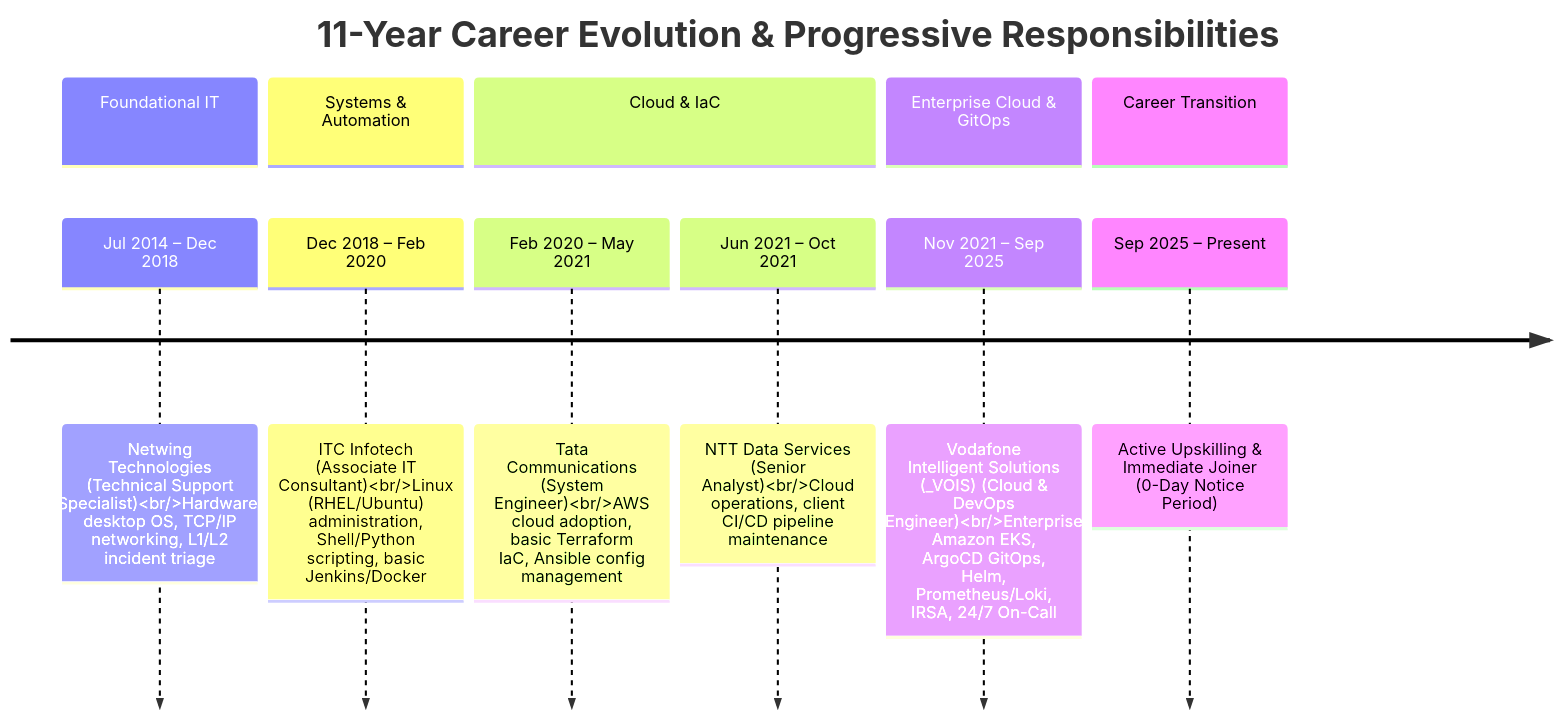
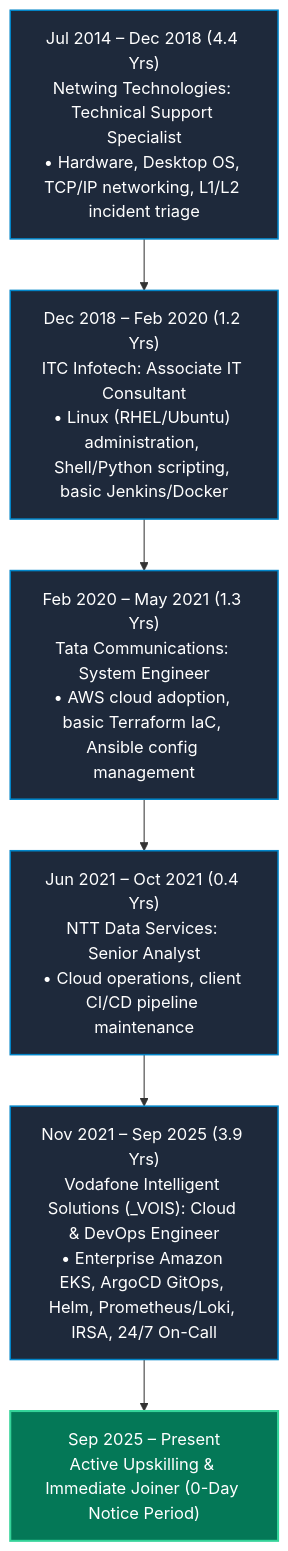
Diagram 13 of 13 in DevOps_CI_CD_Master_Engineering_Blueprint.md (pvsafwa/devops-course-playbook), drawn with Mermaid before and after one commit. The commit also changed other lines of this file, not shown here.

````diff
--- a/DevOps_CI_CD_Master_Engineering_Blueprint.md
+++ b/DevOps_CI_CD_Master_Engineering_Blueprint.md
@@ -858,15 +1300,21 @@
 ```mermaid
-timeline
-    title 11-Year Career Evolution & Progressive Responsibilities
-    section Foundational IT
-        Jul 2014 – Dec 2018 : Netwing Technologies (Technical Support Specialist)<br/>Hardware, desktop OS, TCP/IP networking, L1/L2 incident triage
-    section Systems & Automation
-        Dec 2018 – Feb 2020 : ITC Infotech (Associate IT Consultant)<br/>Linux (RHEL/Ubuntu) administration, Shell/Python scripting, basic Jenkins/Docker
-    section Cloud & IaC
-        Feb 2020 – May 2021 : Tata Communications (System Engineer)<br/>AWS cloud adoption, basic Terraform IaC, Ansible config management
-        Jun 2021 – Oct 2021 : NTT Data Services (Senior Analyst)<br/>Cloud operations, client CI/CD pipeline maintenance
-    section Enterprise Cloud & GitOps
-        Nov 2021 – Sep 2025 : Vodafone Intelligent Solutions (_VOIS) (Cloud & DevOps Engineer)<br/>Enterprise Amazon EKS, ArgoCD GitOps, Helm, Prometheus/Loki, IRSA, 24/7 On-Call
-    section Career Transition
-        Sep 2025 – Present : Active Upskilling & Immediate Joiner (0-Day Notice Period)
+flowchart TD
+    P1["Jul 2014 – Dec 2018 (4.4 Yrs)<br/>Netwing Technologies: Technical Support Specialist<br/>• Hardware, Desktop OS, TCP/IP networking, L1/L2 incident triage"]
+    
+    P2["Dec 2018 – Feb 2020 (1.2 Yrs)<br/>ITC Infotech: Associate IT Consultant<br/>• Linux (RHEL/Ubuntu) administration, Shell/Python scripting, basic Jenkins/Docker"]
+    
+    P3["Feb 2020 – May 2021 (1.3 Yrs)<br/>Tata Communications: System Engineer<br/>• AWS cloud adoption, basic Terraform IaC, Ansible config management"]
+    
+    P4["Jun 2021 – Oct 2021 (0.4 Yrs)<br/>NTT Data Services: Senior Analyst<br/>• Cloud operations, client CI/CD pipeline maintenance"]
+    
+    P5["Nov 2021 – Sep 2025 (3.9 Yrs)<br/>Vodafone Intelligent Solutions (_VOIS): Cloud & DevOps Engineer<br/>• Enterprise Amazon EKS, ArgoCD GitOps, Helm, Prometheus/Loki, IRSA, 24/7 On-Call"]
+    
+    P6["Sep 2025 – Present<br/>Active Upskilling & Immediate Joiner (0-Day Notice Period)"]
+
+    P1 --> P2 --> P3 --> P4 --> P5 --> P6
+
+    classDef step fill:#1e293b,stroke:#0284c7,stroke-width:1.5px,color:#ffffff;
+    classDef current fill:#047857,stroke:#34d399,stroke-width:2px,color:#ffffff;
+    class P1,P2,P3,P4,P5 step;
+    class P6 current;
 ```
````
